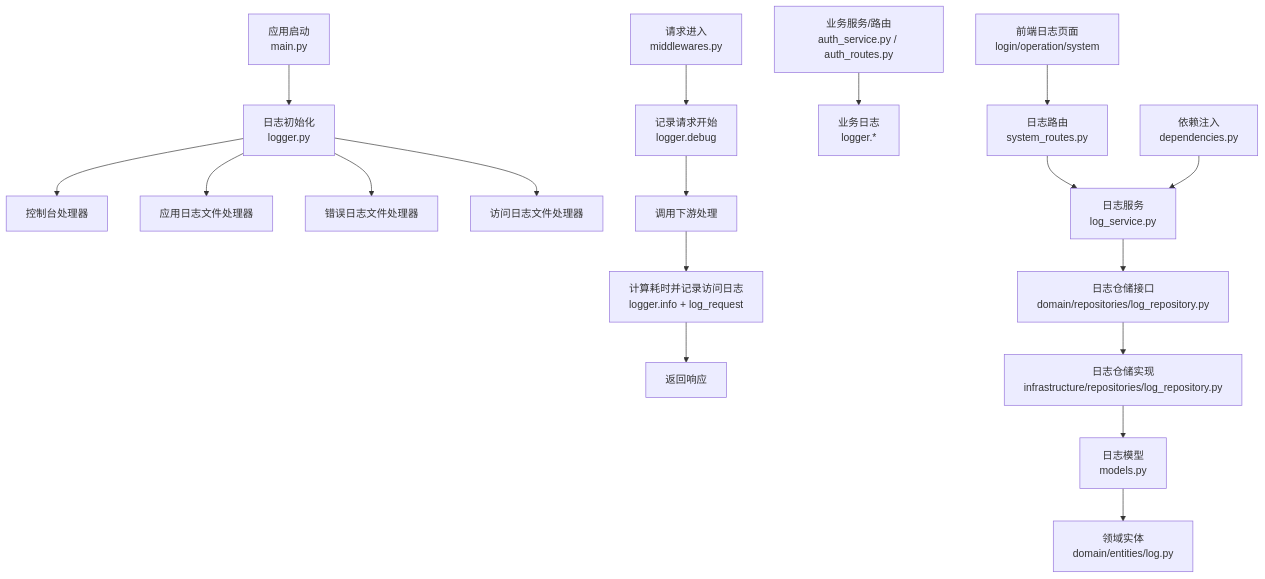
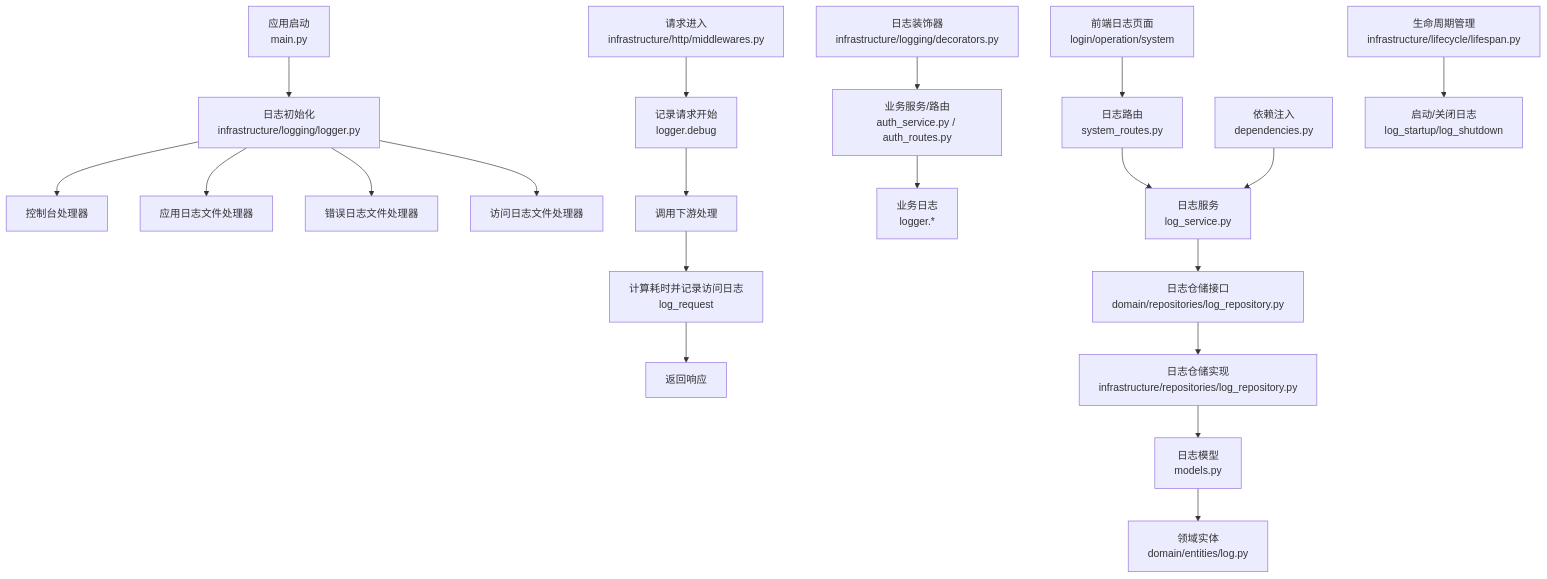
Before and after one commit to taoweidong/Hello-FastApi: the second of 10 diagrams in .qoder/repowiki/zh/content/核心模块/日志系统.md, drawn with Mermaid. The commit also changed other lines of this file and 22 other files, not shown here.

````diff
--- a/.qoder/repowiki/zh/content/核心模块/日志系统.md
+++ b/.qoder/repowiki/zh/content/核心模块/日志系统.md
@@ -200,20 +220,22 @@
 ```mermaid
 graph TB
-A["应用启动<br/>main.py"] --> B["日志初始化<br/>logger.py"]
+A["应用启动<br/>main.py"] --> B["日志初始化<br/>infrastructure/logging/logger.py"]
 B --> C["控制台处理器"]
 B --> D["应用日志文件处理器"]
 B --> E["错误日志文件处理器"]
 B --> F["访问日志文件处理器"]
-G["请求进入<br/>middlewares.py"] --> H["记录请求开始<br/>logger.debug"]
+G["请求进入<br/>infrastructure/http/middlewares.py"] --> H["记录请求开始<br/>logger.debug"]
 H --> I["调用下游处理"]
-I --> J["计算耗时并记录访问日志<br/>logger.info + log_request"]
+I --> J["计算耗时并记录访问日志<br/>log_request"]
 J --> K["返回响应"]
 L["业务服务/路由<br/>auth_service.py / auth_routes.py"] --> M["业务日志<br/>logger.*"]
 N["日志路由<br/>system_routes.py"] --> O["日志服务<br/>log_service.py"]
 O --> P["日志仓储接口<br/>domain/repositories/log_repository.py"]
 P --> Q["日志仓储实现<br/>infrastructure/repositories/log_repository.py"]
 Q --> R["日志模型<br/>models.py"]
 R --> S["领域实体<br/>domain/entities/log.py"]
 T["依赖注入<br/>dependencies.py"] --> O
 U["前端日志页面<br/>login/operation/system"] --> N
+V["日志装饰器<br/>infrastructure/logging/decorators.py"] --> L
+W["生命周期管理<br/>infrastructure/lifecycle/lifespan.py"] --> X["启动/关闭日志<br/>log_startup/log_shutdown"]
 ```
````
